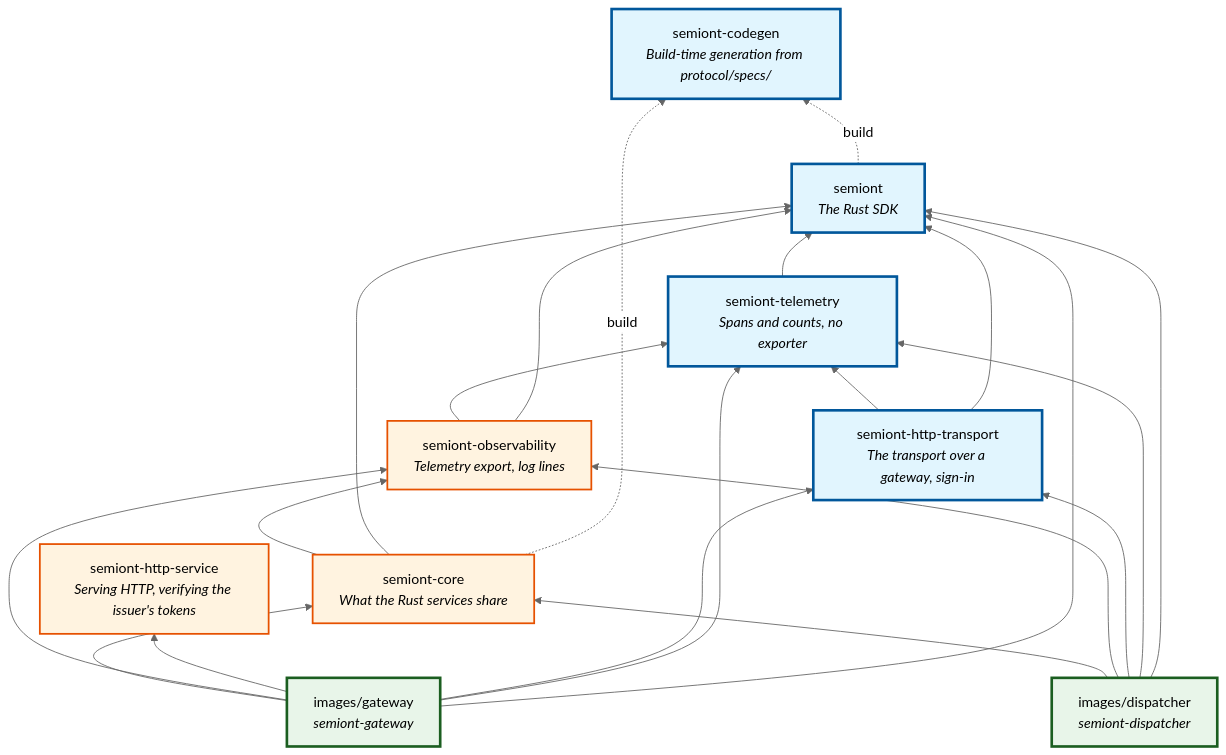
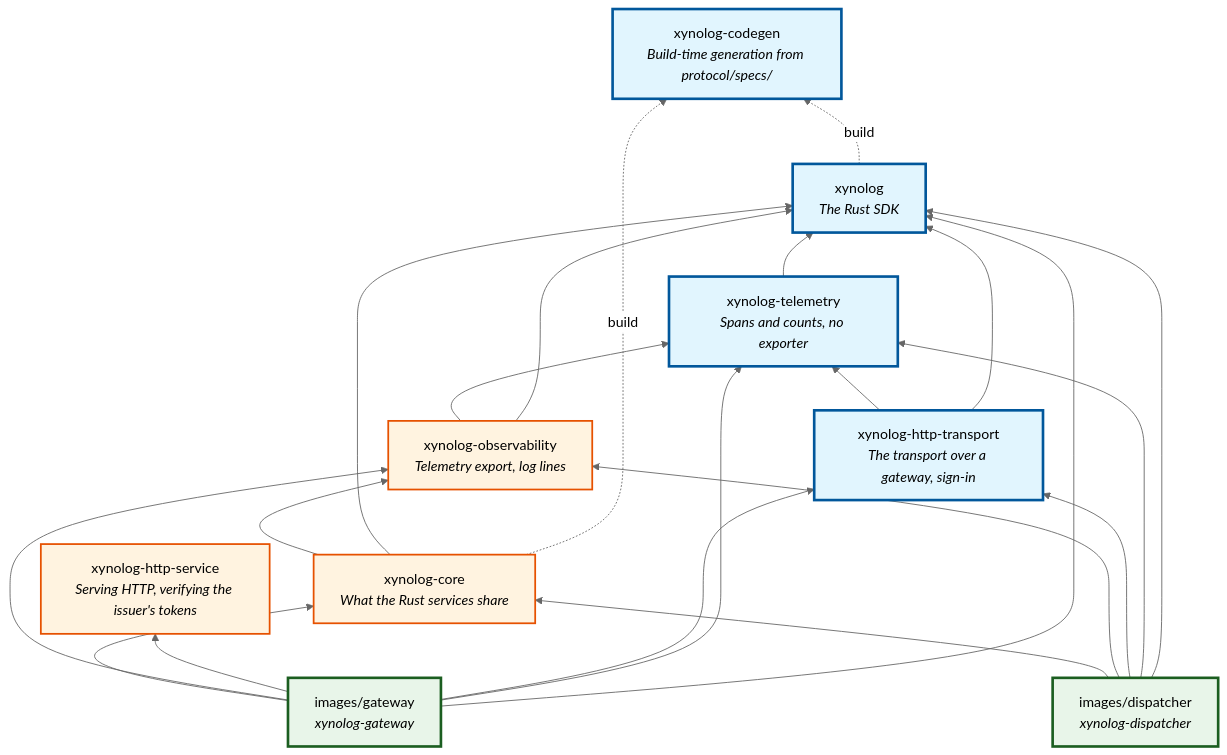
Before and after one commit to xynolog/docs: the second of 2 diagrams in architecture/PACKAGE-ARCHITECTURE.md, drawn with Mermaid (neutral theme). The commit also changed other lines of this file and 89 other files, not shown here.

````diff
--- a/architecture/PACKAGE-ARCHITECTURE.md
+++ b/architecture/PACKAGE-ARCHITECTURE.md
@@ -63,44 +61,44 @@
 ```mermaid
 graph BT
-    gateway["images/gateway<br/><i>semiont-gateway</i>"]
-    dispatcher["images/dispatcher<br/><i>semiont-dispatcher</i>"]
+    gateway["images/gateway<br/><i>xynolog-gateway</i>"]
+    dispatcher["images/dispatcher<br/><i>xynolog-dispatcher</i>"]
 
-    rcore["semiont-core<br/><i>What the Rust services share</i>"]
-    robs["semiont-observability<br/><i>Telemetry export, log lines</i>"]
-    rserve["semiont-http-service<br/><i>Serving HTTP, verifying the issuer's tokens</i>"]
-    rhttp["semiont-http-transport<br/><i>The transport over a gateway, sign-in</i>"]
-    rtel["semiont-telemetry<br/><i>Spans and counts, no exporter</i>"]
-    rsdk["semiont<br/><i>The Rust SDK</i>"]
-    codegen["semiont-codegen<br/><i>Build-time generation from protocol/specs/</i>"]
+    rcore["xynolog-core<br/><i>What the Rust services share</i>"]
+    robs["xynolog-observability<br/><i>Telemetry export, log lines</i>"]
+    rserve["xynolog-http-service<br/><i>Serving HTTP, verifying the issuer's tokens</i>"]
+    rhttp["xynolog-http-transport<br/><i>The transport over a gateway, sign-in</i>"]
+    rtel["xynolog-telemetry<br/><i>Spans and counts, no exporter</i>"]
+    rsdk["xynolog<br/><i>The Rust SDK</i>"]
+    codegen["xynolog-codegen<br/><i>Build-time generation from protocol/specs/</i>"]
 
     gateway --> rcore
     gateway --> robs
     gateway --> rserve
     gateway --> rhttp
     gateway --> rtel
     gateway --> rsdk
     dispatcher --> rcore
     dispatcher --> robs
     dispatcher --> rhttp
     dispatcher --> rtel
     dispatcher --> rsdk
 
     rcore --> robs
     rcore --> rsdk
     robs --> rtel
     robs --> rsdk
     rhttp --> rtel
     rhttp --> rsdk
     rtel --> rsdk
 
     rsdk -.->|build| codegen
     rcore -.->|build| codegen
 
     classDef app fill:#e8f5e9,stroke:#1b5e20,stroke-width:3px
     classDef internal fill:#fff3e0,stroke:#e65100,stroke-width:2px
     classDef published fill:#e1f5fe,stroke:#01579b,stroke-width:3px
 
     class gateway,dispatcher app
     class rcore,robs,rserve internal
     class rhttp,rtel,rsdk,codegen published
 ```
````
